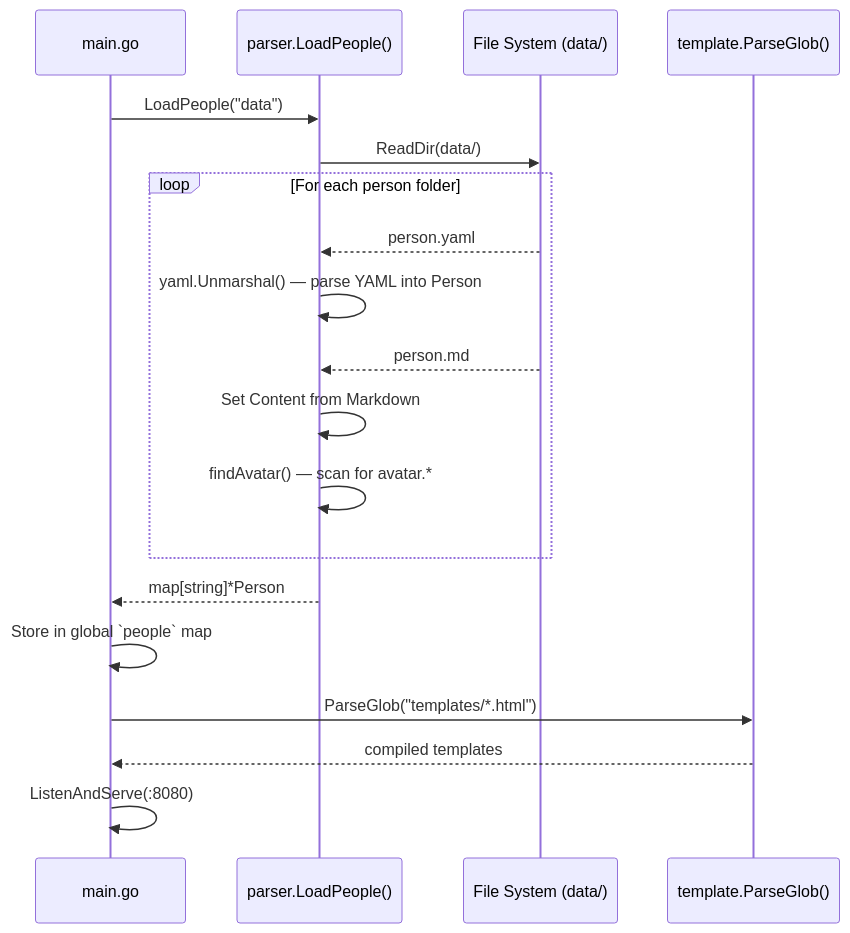
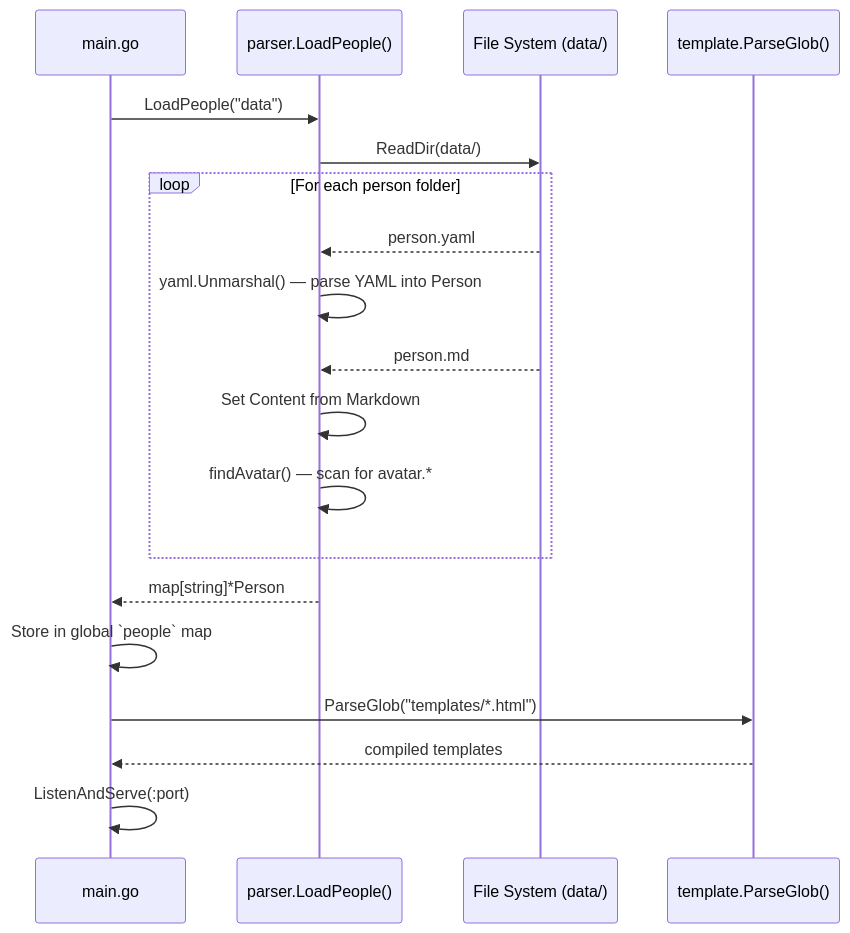
The fourth of 7 diagrams in doc/architecture.md (bjblazko/sippschaft), drawn with Mermaid before and after one commit. The commit also changed other lines of this file and 3 other files, not shown here.

````diff
--- a/doc/architecture.md
+++ b/doc/architecture.md
@@ -172,22 +172,22 @@
 ```mermaid
 sequenceDiagram
     participant Main as main.go
     participant Parser as parser.LoadPeople()
     participant FS as File System (data/)
     participant Templates as template.ParseGlob()
 
     Main->>Parser: LoadPeople("data")
     Parser->>FS: ReadDir(data/)
     loop For each person folder
         FS-->>Parser: person.yaml
         Parser->>Parser: yaml.Unmarshal() — parse YAML into Person
         FS-->>Parser: person.md
         Parser->>Parser: Set Content from Markdown
         Parser->>Parser: findAvatar() — scan for avatar.*
     end
     Parser-->>Main: map[string]*Person
     Main->>Main: Store in global `people` map
     Main->>Templates: ParseGlob("templates/*.html")
     Templates-->>Main: compiled templates
-    Main->>Main: ListenAndServe(:8080)
+    Main->>Main: ListenAndServe(:port)
 ```
````
